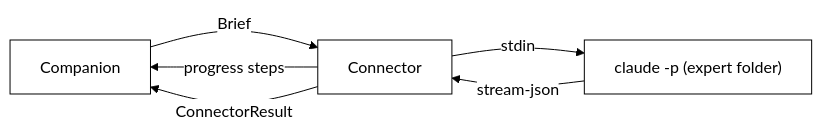
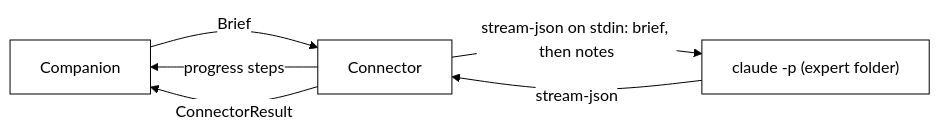
Before and after one commit to nadeem4/tagalong: the fourth of 18 diagrams in docs/architecture.md, drawn with Mermaid. The commit also changed other lines of this file and 30 other files, not shown here.

First line of the commit message:
feat(protocol,core,ui): steer a working expert - tell_expert notes, delivered in the same session, and spoken narration

````diff
--- a/docs/architecture.md
+++ b/docs/architecture.md
@@ -390,9 +393,9 @@
 ```mermaid
 %%{init: {'theme': 'base', 'themeVariables': {'primaryColor': '#ffffff', 'primaryTextColor': '#000000', 'primaryBorderColor': '#000000', 'lineColor': '#000000'}}}%%
 flowchart LR
   C[Companion] -- Brief --> K[Connector]
-  K -- stdin --> P["claude -p (expert folder)"]
+  K -- "stream-json on stdin: brief, then notes" --> P["claude -p (expert folder)"]
   P -- stream-json --> K
   K -- progress steps --> C
   K -- ConnectorResult --> C
 ```
````
